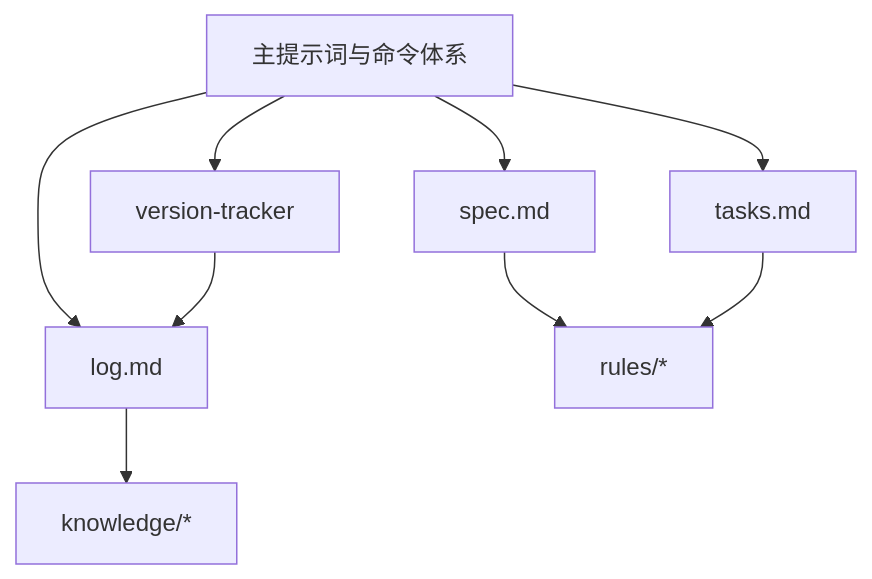
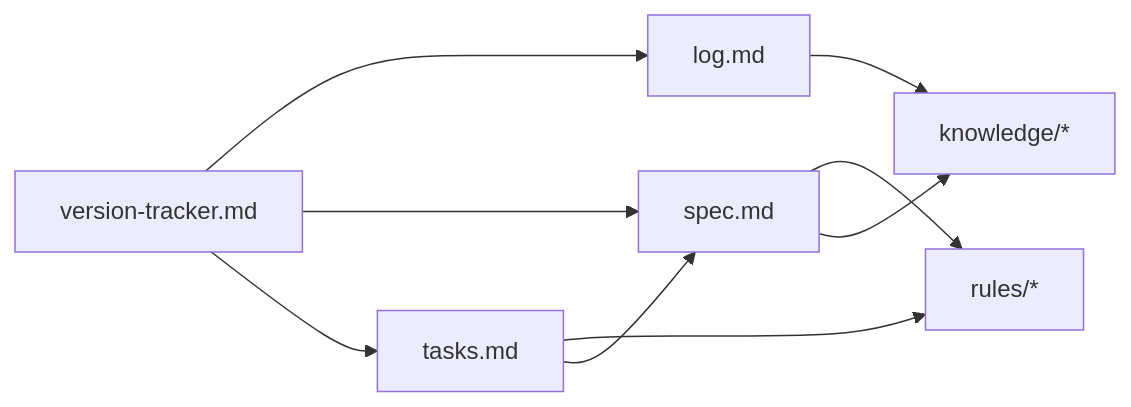
Before and after one commit to 13679659643/Data_Warehouse_Engineering: the seventh of 8 diagrams in .qoder/repowiki/zh/content/变更管理系统/变更管理系统.md, drawn with Mermaid. The commit also changed other lines of this file and 88 other files, not shown here.

````diff
--- a/.qoder/repowiki/zh/content/变更管理系统/变更管理系统.md
+++ b/.qoder/repowiki/zh/content/变更管理系统/变更管理系统.md
@@ -322,11 +296,11 @@
 ```mermaid
-graph TB
-Copilot["主提示词与命令体系"] --> Spec["spec.md"]
-Copilot --> Tasks["tasks.md"]
-Copilot --> Log["log.md"]
-Copilot --> Tracker["version-tracker"]
-Spec --> Rules["rules/*"]
-Tasks --> Rules
-Log --> Knowledge["knowledge/*"]
-Tracker --> Log
+graph LR
+Spec["spec.md"] --> Rules["rules/*"]
+Spec --> KB["knowledge/*"]
+Tasks["tasks.md"] --> Rules
+Tasks --> Spec
+Log["log.md"] --> KB
+VT["version-tracker.md"] --> Log
+VT --> Spec
+VT --> Tasks
 ```
````
